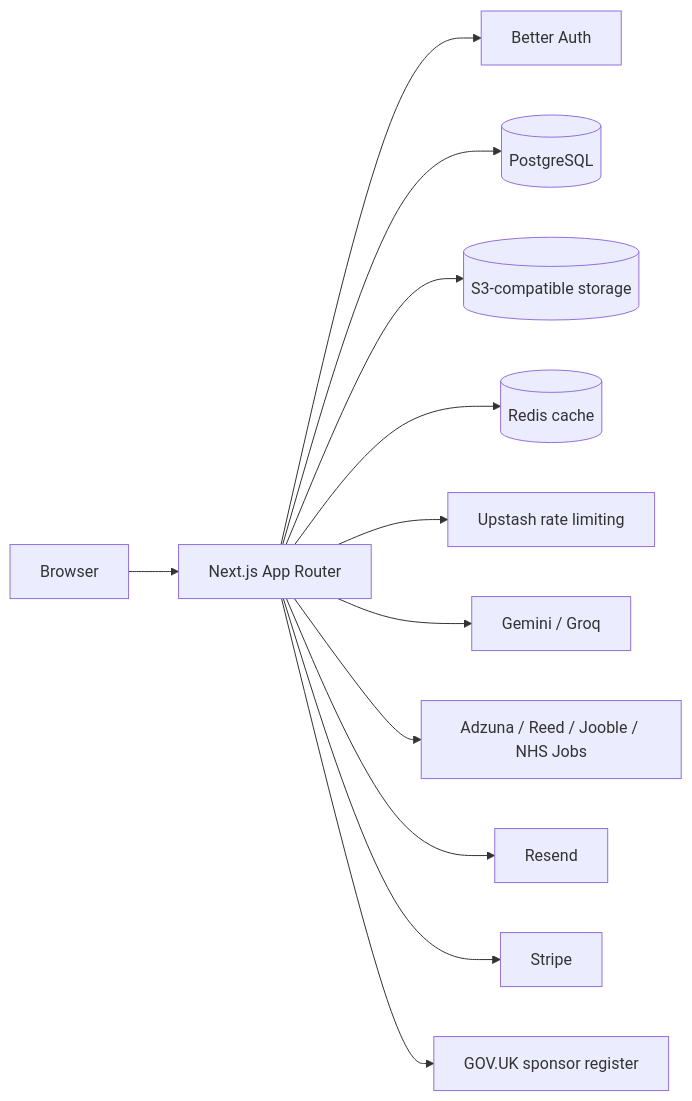
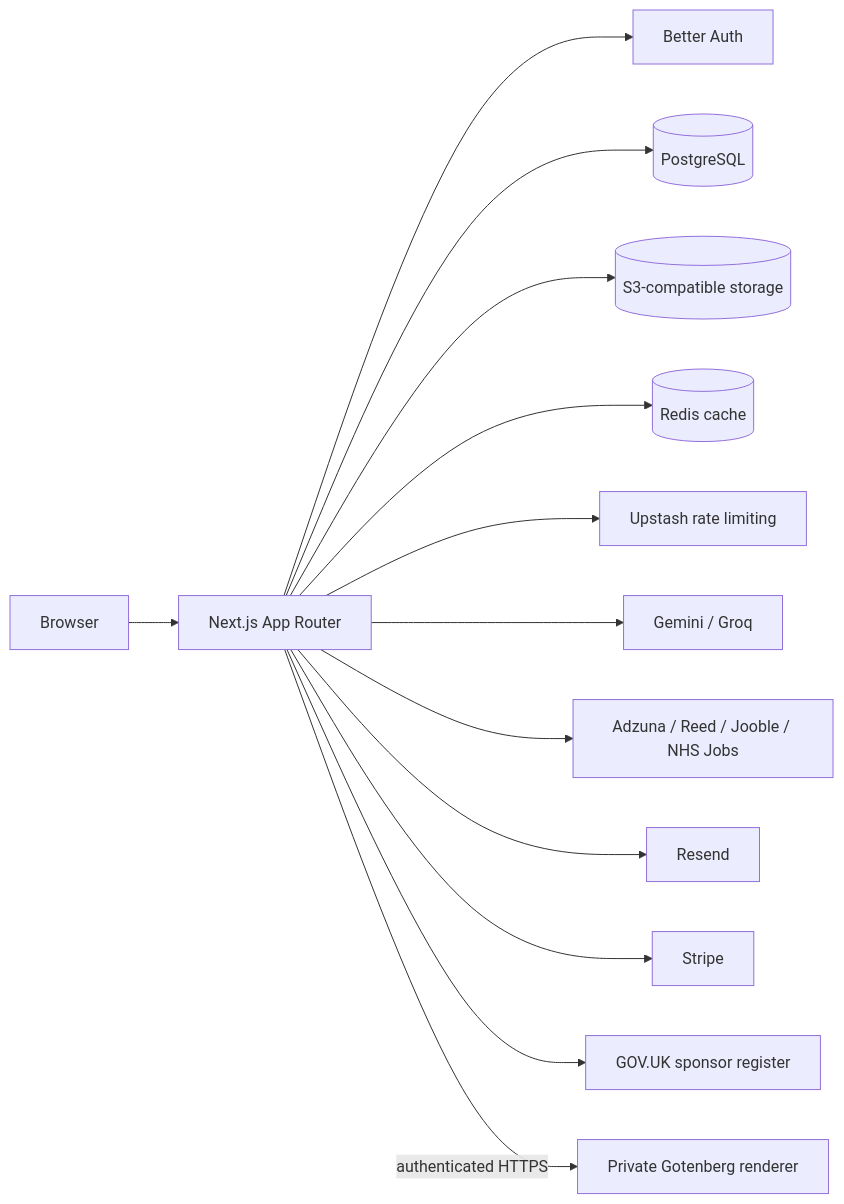
One commit to mirzahussnain/align changed the first of 2 diagrams in docs/ARCHITECTURE.md. Above: the diagram before and after it, drawn with Mermaid. The commit also changed other lines of this file and 7 other files, not shown here.

Commit message:
docs(cv): add private renderer operations runbook

````diff
--- a/docs/ARCHITECTURE.md
+++ b/docs/ARCHITECTURE.md
@@ -9,14 +9,15 @@
 ```mermaid
 flowchart LR
   U[Browser] --> N[Next.js App Router]
   N --> A[Better Auth]
   N --> D[(PostgreSQL)]
   N --> S[(S3-compatible storage)]
   N --> R[(Redis cache)]
   N --> Q[Upstash rate limiting]
   N --> AI[Gemini / Groq]
   N --> J[Adzuna / Reed / Jooble / NHS Jobs]
   N --> E[Resend]
   N --> B[Stripe]
   N --> G[GOV.UK sponsor register]
+  N -->|authenticated HTTPS| X[Private Gotenberg renderer]
 ```
````
